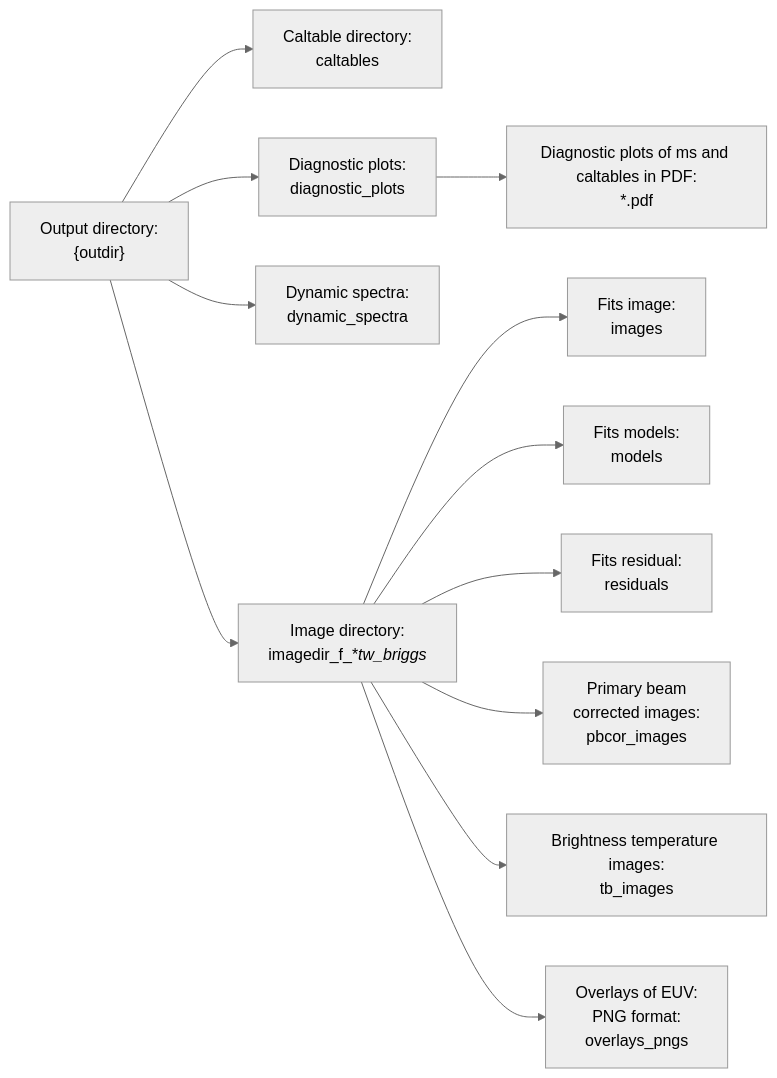
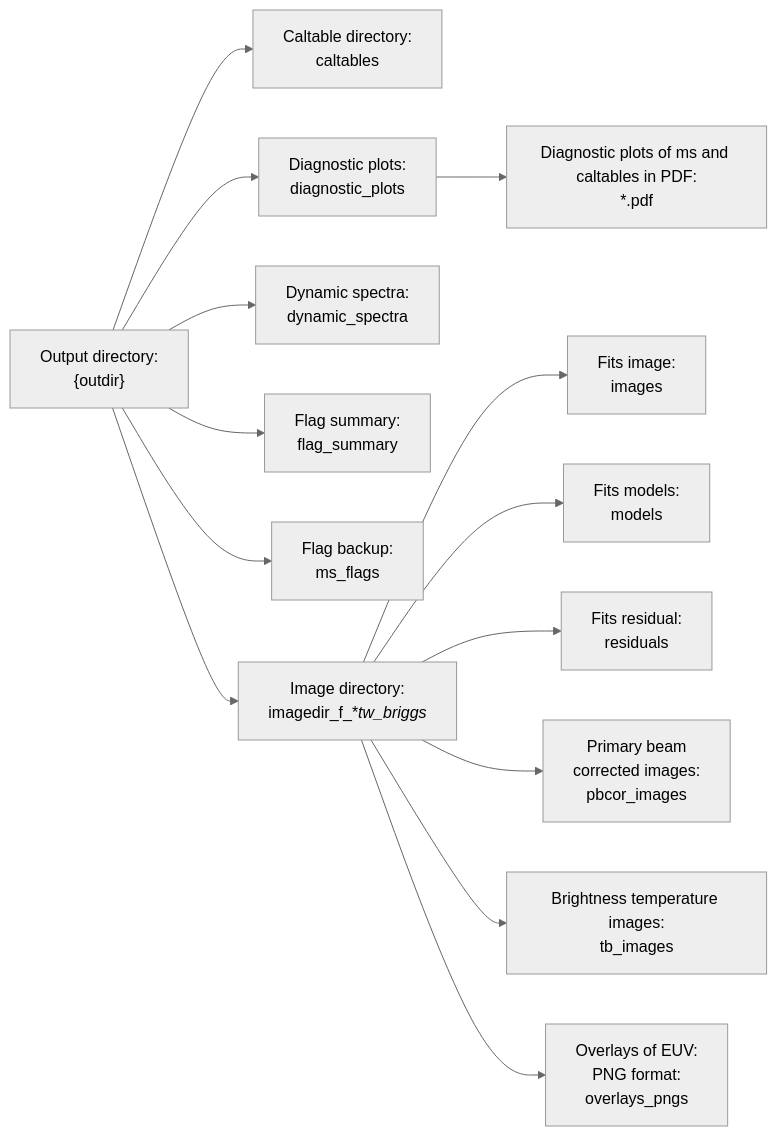
Before and after one commit to devojyoti96/P-AIRCARS: the second of 2 diagrams in docs/source/output.rst, drawn with Mermaid (neutral theme). The commit also changed other lines of this file and 18 other files, not shown here.

```diff
--- a/docs/source/output.rst
+++ b/docs/source/output.rst
@@ -52,14 +53,16 @@
    .. mermaid::
 
        graph LR
            WD["Output directory:<br>{outdir}"] --> CALTABLE["Caltable directory:<br>caltables"]
            WD --> DP["`Diagnostic plots:<br>diagnostic_plots`"]
            DP --> DPPDF["`Diagnostic plots of ms and caltables in PDF:<br>*.pdf`"]
            WD --> DS["`Dynamic spectra:<br>dynamic_spectra`"]
+           WD --> FS["`Flag summary:<br>flag_summary`"]
+           WD --> FV["`Flag backup:<br>ms_flags`"]
            WD --> IMG["`Image directory:<br>imagedir_f_*_t_*_w_briggs_*`"]
            IMG --> IMAGE["Fits image:<br>images"]
            IMG --> MODEL["Fits models:<br>models"]
            IMG --> RES["Fits residual:<br>residuals"]
            IMG --> PBCOR["`Primary beam<br>corrected images:<br>pbcor_images`"]
            IMG --> TBIMG["`Brightness temperature images:<br>tb_images`"]
            IMG --> OVRPNG["Overlays of EUV:<br>PNG format:<br>overlays_pngs"]
```
